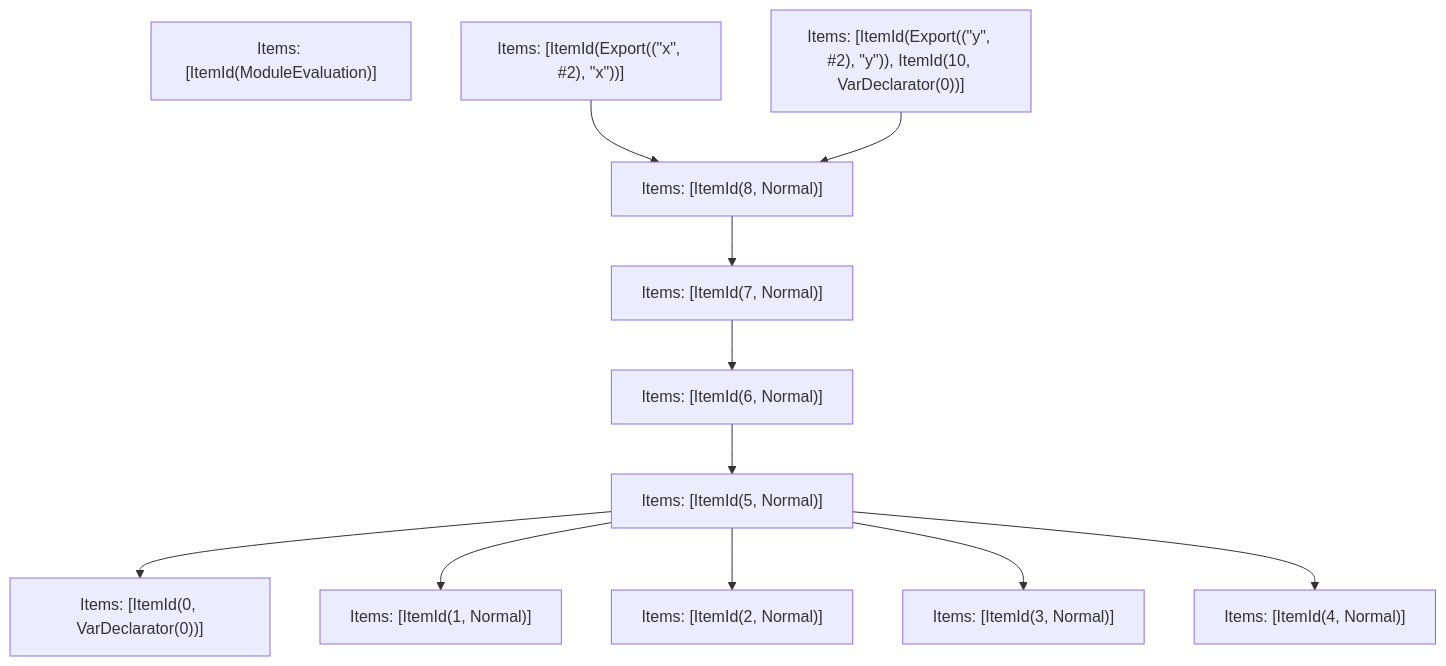
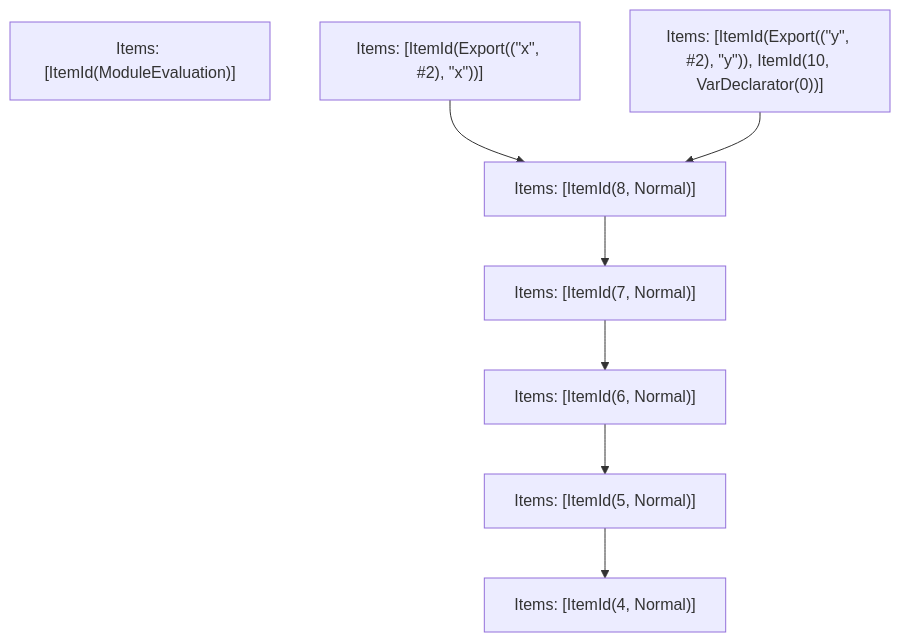
One commit to vercel/turborepo changed the fifth of 5 diagrams in crates/turbopack-ecmascript/tests/tree-shaker/analyzer/grouping/output.md. Above: the diagram before and after it, drawn with Mermaid. The commit also changed other lines of this file, not shown here.

````diff
--- a/crates/turbopack-ecmascript/tests/tree-shaker/analyzer/grouping/output.md
+++ b/crates/turbopack-ecmascript/tests/tree-shaker/analyzer/grouping/output.md
@@ -212,25 +200,17 @@
 ```mermaid
 graph TD
     N0["Items: [ItemId(ModuleEvaluation)]"];
     N1["Items: [ItemId(Export((&quot;x&quot;, #2), &quot;x&quot;))]"];
     N2["Items: [ItemId(Export((&quot;y&quot;, #2), &quot;y&quot;)), ItemId(10, VarDeclarator(0))]"];
-    N3["Items: [ItemId(0, VarDeclarator(0))]"];
-    N4["Items: [ItemId(1, Normal)]"];
-    N5["Items: [ItemId(2, Normal)]"];
-    N6["Items: [ItemId(3, Normal)]"];
-    N7["Items: [ItemId(4, Normal)]"];
-    N8["Items: [ItemId(5, Normal)]"];
-    N9["Items: [ItemId(6, Normal)]"];
-    N10["Items: [ItemId(7, Normal)]"];
-    N11["Items: [ItemId(8, Normal)]"];
-    N1 --> N11;
-    N2 --> N11;
-    N8 --> N3;
-    N8 --> N4;
-    N8 --> N5;
-    N8 --> N6;
-    N8 --> N7;
-    N9 --> N8;
-    N10 --> N9;
-    N11 --> N10;
+    N3["Items: [ItemId(4, Normal)]"];
+    N4["Items: [ItemId(5, Normal)]"];
+    N5["Items: [ItemId(6, Normal)]"];
+    N6["Items: [ItemId(7, Normal)]"];
+    N7["Items: [ItemId(8, Normal)]"];
+    N1 --> N7;
+    N2 --> N7;
+    N4 --> N3;
+    N5 --> N4;
+    N6 --> N5;
+    N7 --> N6;
 ```
````
